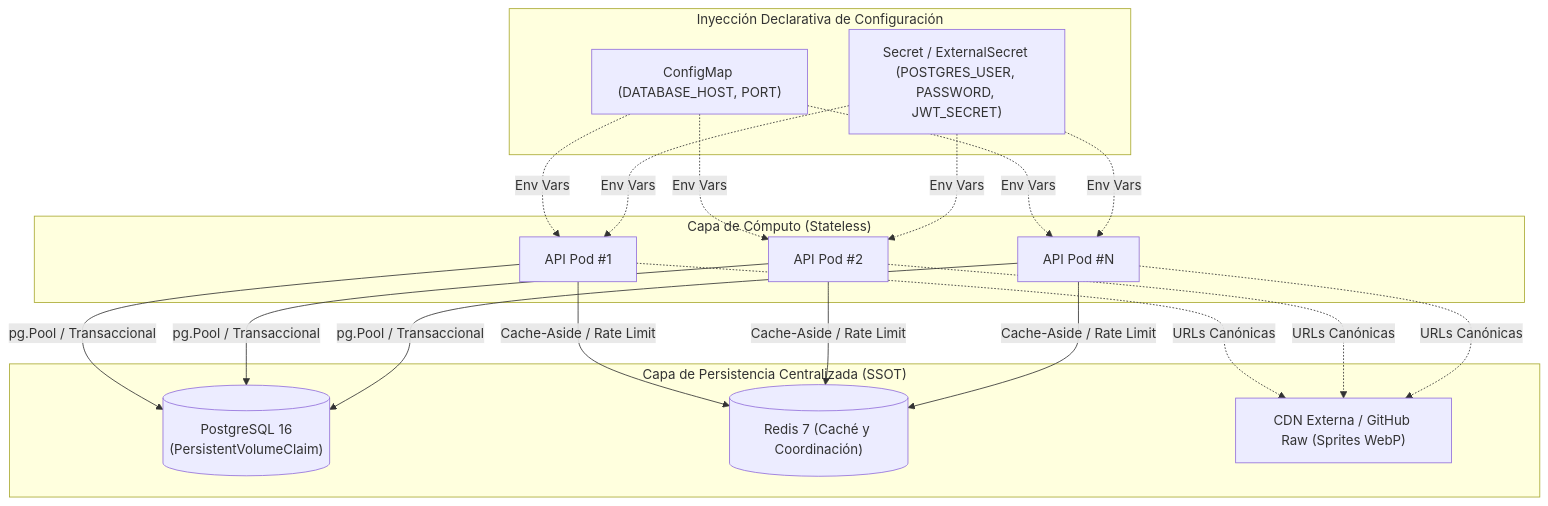
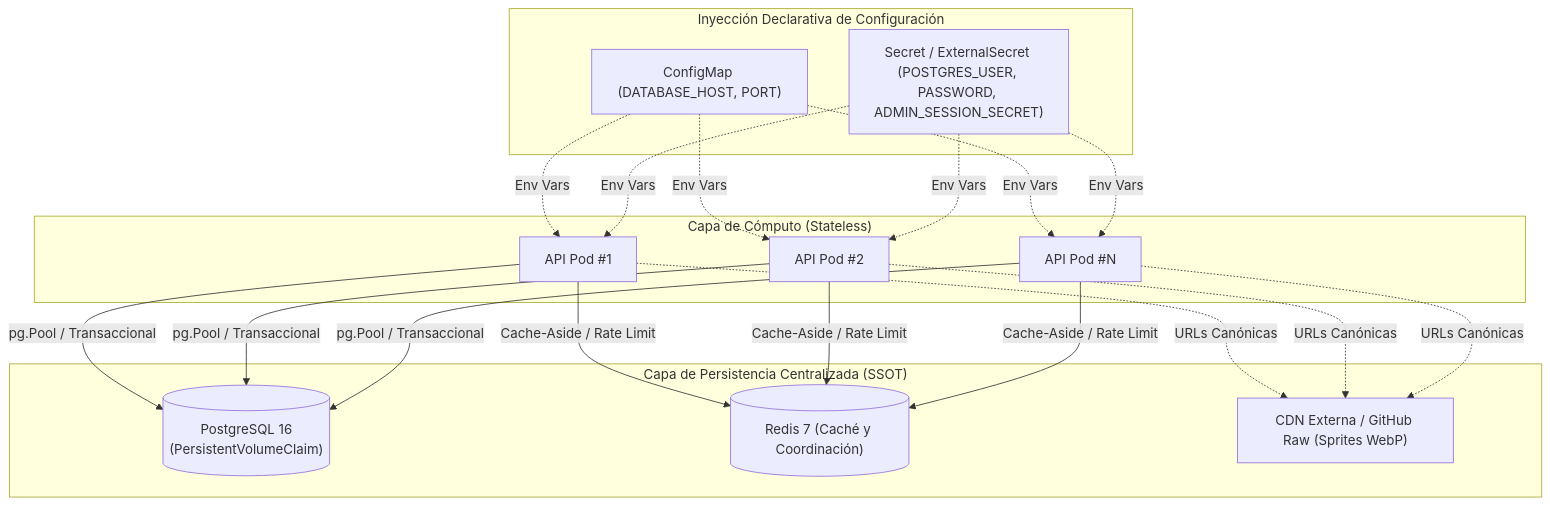
One commit to rocapellino/pokedex changed the second of 2 diagrams in docs/architecture/KUBERNETES_SCALING_ANALYSIS.md. Above: the diagram before and after it, drawn with Mermaid. The commit also changed other lines of this file and 40 other files, not shown here.

````diff
--- a/docs/architecture/KUBERNETES_SCALING_ANALYSIS.md
+++ b/docs/architecture/KUBERNETES_SCALING_ANALYSIS.md
@@ -73,26 +72,26 @@
 ```mermaid
 flowchart TD
     subgraph StatelessLayer["Capa de Cómputo (Stateless)"]
         A1["API Pod #1"]
         A2["API Pod #2"]
         AN["API Pod #N"]
     end
 
     subgraph ConfigLayer["Inyección Declarativa de Configuración"]
         CM["ConfigMap (DATABASE_HOST, PORT)"]
-        SEC["Secret / ExternalSecret (POSTGRES_USER, PASSWORD, JWT_SECRET)"]
+        SEC["Secret / ExternalSecret (POSTGRES_USER, PASSWORD, ADMIN_SESSION_SECRET)"]
     end
 
     subgraph StatefulLayer["Capa de Persistencia Centralizada (SSOT)"]
         PG[("PostgreSQL 16\n(PersistentVolumeClaim)")]
         RD[("Redis 7 (Caché y Coordinación)")]
         CDN["CDN Externa / GitHub Raw (Sprites WebP)"]
     end
 
     CM -.->|Env Vars| A1 & A2 & AN
     SEC -.->|Env Vars| A1 & A2 & AN
 
     A1 & A2 & AN -->|pg.Pool / Transaccional| PG
     A1 & A2 & AN -->|Cache-Aside / Rate Limit| RD
     A1 & A2 & AN -.->|URLs Canónicas| CDN
 ```
````
